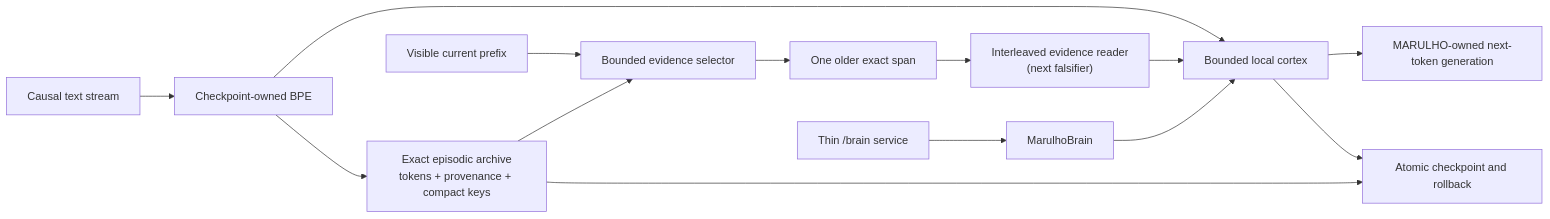
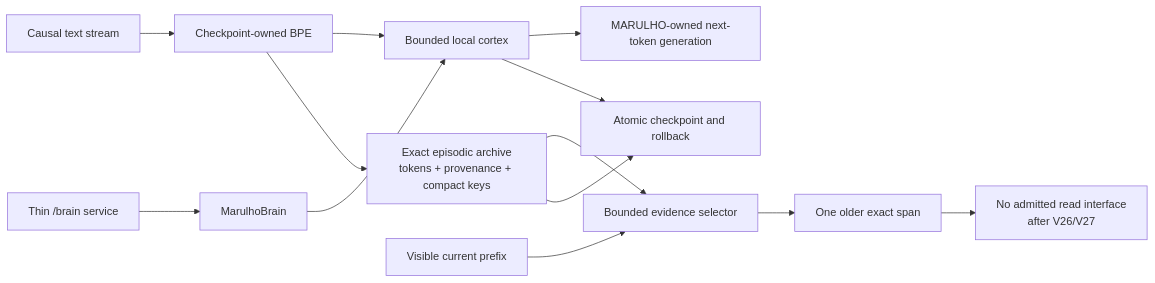
The diagram in README.md (Tuafo/MARULHO), drawn with Mermaid before and after one commit. The commit also changed other lines of this file and 8 other files, not shown here.

Commit message:
Retire interleaved evidence reader

````diff
--- a/README.md
+++ b/README.md
@@ -31,16 +32,15 @@
 ```mermaid
 flowchart LR
     Stream["Causal text stream"] --> Tok["Checkpoint-owned BPE"]
     Tok --> Local["Bounded local cortex"]
     Tok --> Archive["Exact episodic archive<br/>tokens + provenance + compact keys"]
     Prefix["Visible current prefix"] --> Select["Bounded evidence selector"]
     Archive --> Select
     Select --> Evidence["One older exact span"]
-    Evidence --> Reader["Interleaved evidence reader<br/>(next falsifier)"]
-    Reader --> Local
+    Evidence --> Boundary["No admitted read interface<br/>after V26/V27"]
     Local --> Output["MARULHO-owned next-token generation"]
     Local --> Save["Atomic checkpoint and rollback"]
     Archive --> Save
     Brain["MarulhoBrain"] --> Local
     Service["Thin /brain service"] --> Brain
 ```
````
